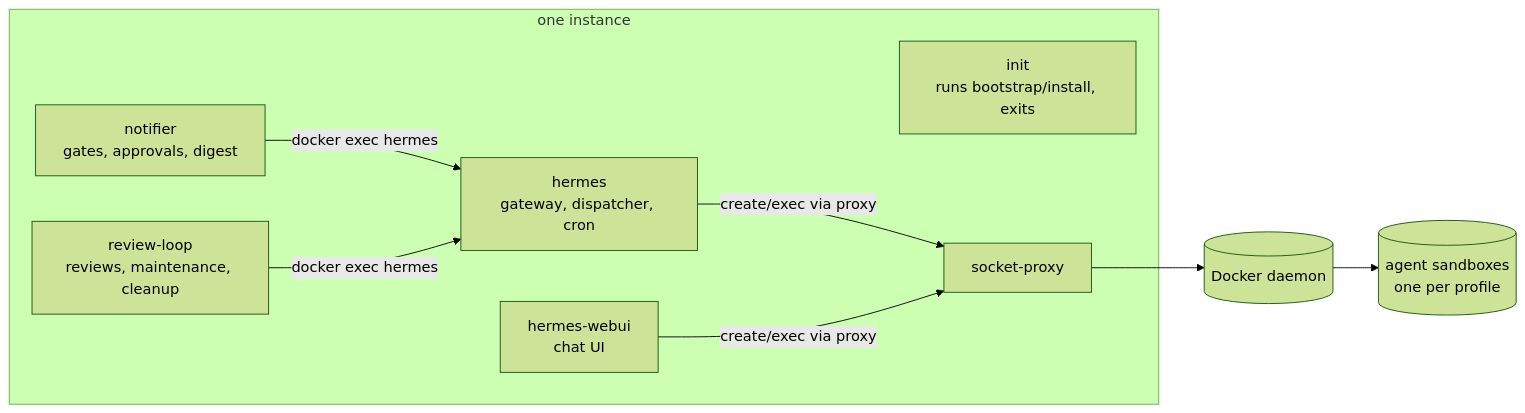
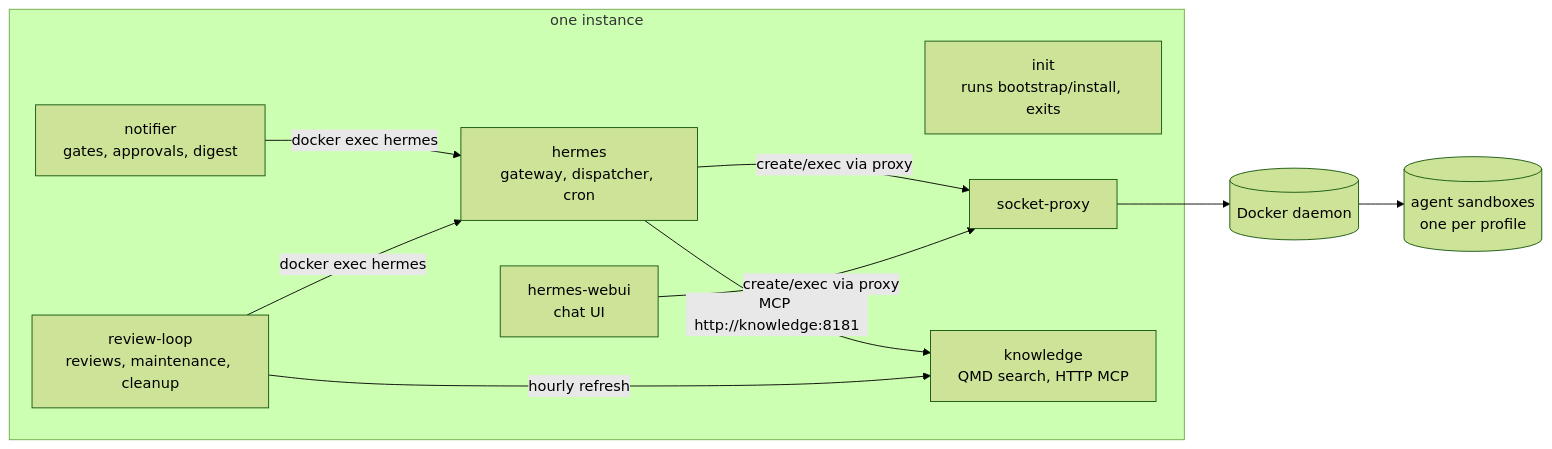
Before and after one commit to Zhachory1/ralph: the diagram in docs/infrastructure.md, drawn with Mermaid (forest theme). The commit also changed other lines of this file and 13 other files, not shown here.

Commit message:
feat(knowledge): hourly refresh, status command, and docs as built

````diff
--- a/docs/infrastructure.md
+++ b/docs/infrastructure.md
@@ -39,18 +39,21 @@
 ```mermaid
 flowchart LR
     subgraph instance[one instance]
         init[init<br/>runs bootstrap/install, exits]
         hermes[hermes<br/>gateway, dispatcher, cron]
         webui[hermes-webui<br/>chat UI]
         notifier[notifier<br/>gates, approvals, digest]
         loop[review-loop<br/>reviews, maintenance, cleanup]
         proxy[socket-proxy]
+        knowledge[knowledge<br/>QMD search, HTTP MCP]
     end
+    hermes -->|MCP http://knowledge:8181| knowledge
+    loop -->|hourly refresh| knowledge
     sandbox[(agent sandboxes<br/>one per profile)]
     hermes -->|create/exec via proxy| proxy
     webui -->|create/exec via proxy| proxy
     proxy --> docker[(Docker daemon)]
     docker --> sandbox
     notifier -->|docker exec hermes| hermes
     loop -->|docker exec hermes| hermes
 ```
````
